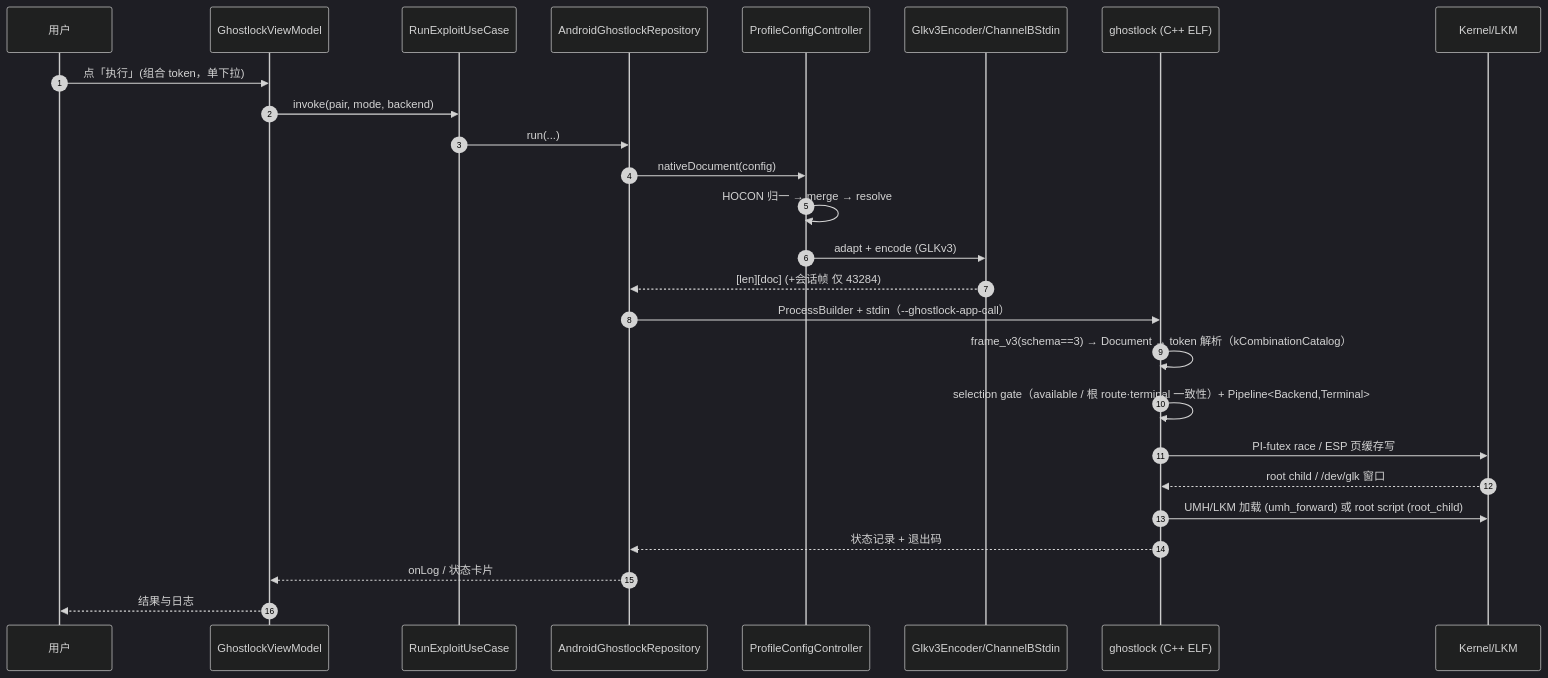
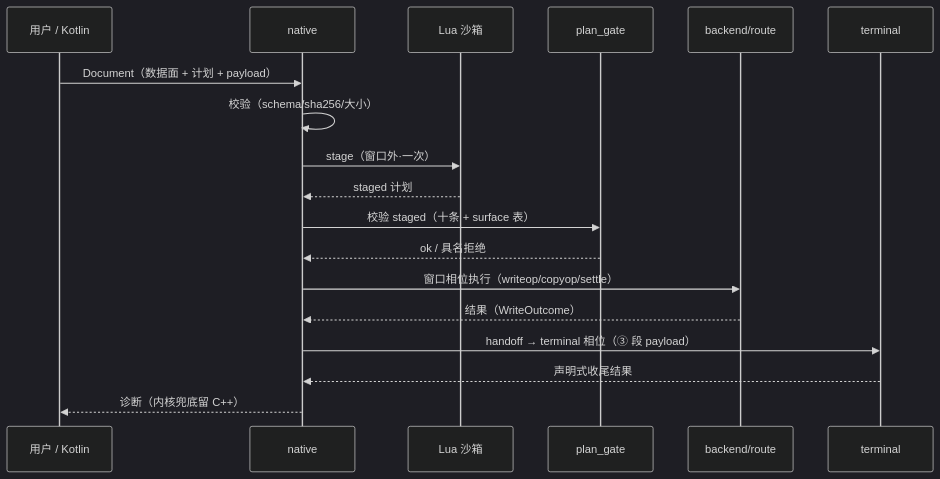
One commit to YuKongA/ghostlock-app changed the seventh of 10 diagrams in docs/development/full-process-uml.md. Above: the diagram before and after it, drawn with Mermaid (dark theme). The commit also changed other lines of this file and 4 other files, not shown here.

````diff
--- a/docs/development/full-process-uml.md
+++ b/docs/development/full-process-uml.md
@@ -713,28 +177,20 @@
 ```mermaid
 sequenceDiagram
-  autonumber
-  participant U as 用户
-  participant VM as GhostlockViewModel
-  participant UC as RunExploitUseCase
-  participant Repo as AndroidGhostlockRepository
-  participant Ctrl as ProfileConfigController
-  participant Wire as Glkv3Encoder/ChannelBStdin
-  participant Native as ghostlock (C++ ELF)
-  participant Kernel as Kernel/LKM
-  U->>VM: 点「执行」(组合 token，单下拉)
-  VM->>UC: invoke(pair, mode, backend)
-  UC->>Repo: run(...)
-  Repo->>Ctrl: nativeDocument(config)
-  Ctrl->>Ctrl: HOCON 归一 → merge → resolve
-  Ctrl->>Wire: adapt + encode (GLKv3)
-  Wire-->>Repo: [len][doc] (+会话帧 仅 43284)
-  Repo->>Native: ProcessBuilder + stdin（--ghostlock-app-call）
-  Native->>Native: frame_v3(schema==3) → Document → token 解析（kCombinationCatalog）
-  Native->>Native: selection gate（available / 根 route·terminal 一致性）+ Pipeline<Backend,Terminal>
-  Native->>Kernel: PI-futex race / ESP 页缓存写
-  Kernel-->>Native: root child / /dev/glk 窗口
-  Native->>Kernel: UMH/LKM 加载 (umh_forward) 或 root script (root_child)
-  Native-->>Repo: 状态记录 + 退出码
-  Repo-->>VM: onLog / 状态卡片
-  VM-->>U: 结果与日志
+  participant U as 用户 / Kotlin
+  participant N as native
+  participant S as Lua 沙箱
+  participant G as plan_gate
+  participant B as backend/route
+  participant T as terminal
+  U->>N: Document（数据面 + 计划 + payload）
+  N->>N: 校验（schema/sha256/大小）
+  N->>S: stage（窗口外·一次）
+  S-->>N: staged 计划
+  N->>G: 校验 staged（十条 + surface 表）
+  G-->>N: ok / 具名拒绝
+  N->>B: 窗口相位执行（writeop/copyop/settle）
+  B-->>N: 结果（WriteOutcome）
+  N->>T: handoff → terminal 相位（③ 段 payload）
+  T-->>N: 声明式收尾结果
+  N-->>U: 诊断（内核兜底留 C++）
 ```
````
